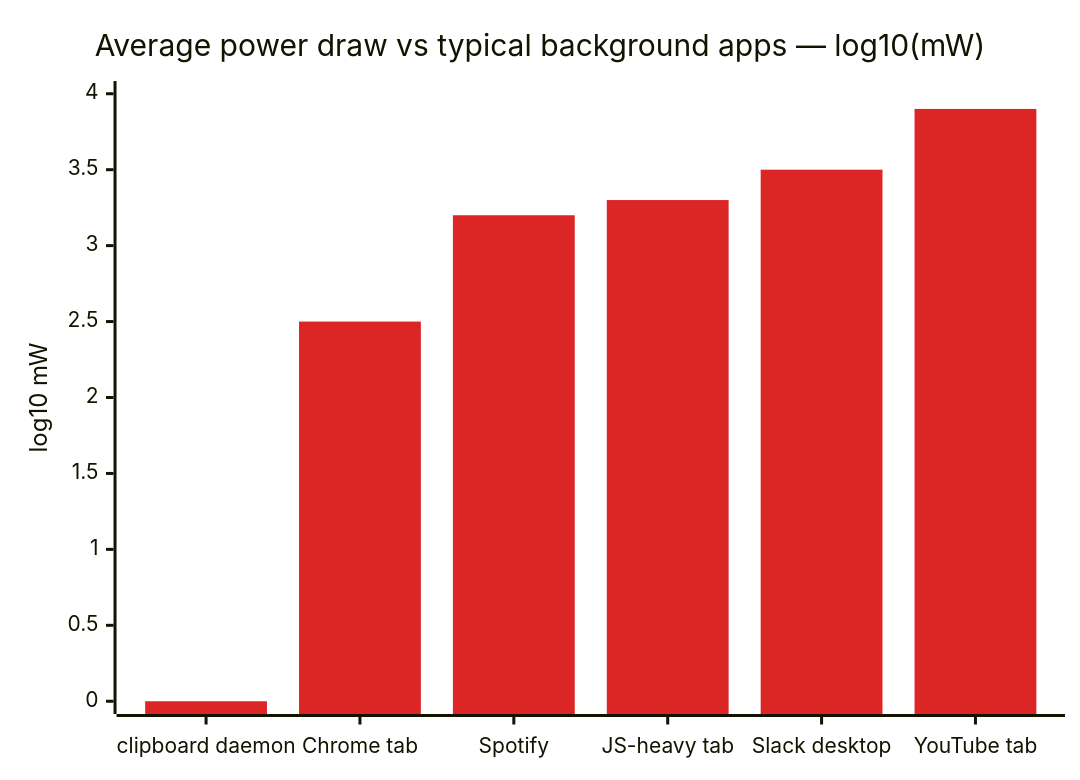
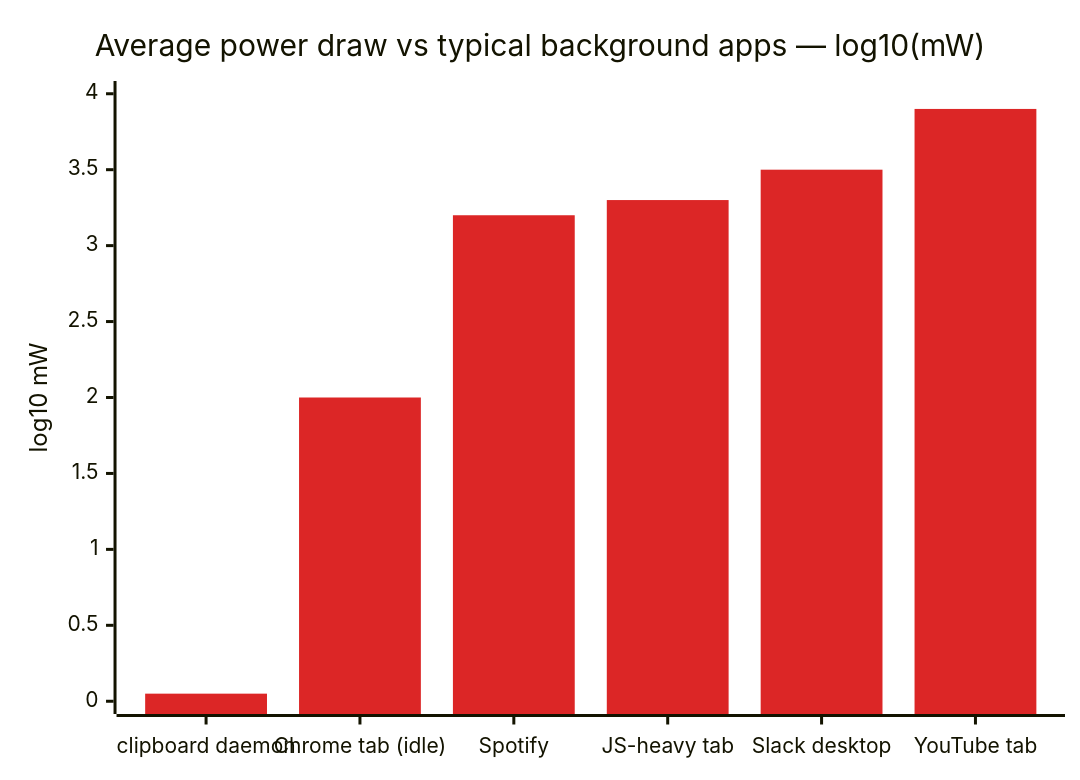
Before and after one commit to d-khomenko/clipboard-history-mcp: the second of 2 diagrams in README.md, drawn with Mermaid. The commit also changed other lines of this file, not shown here.

Commit message:
docs(readme): perf chart polish — daemon as visible nub + Chrome tab honesty
Two follow-ups requested in review of the prior chart PR (whose own
follow-up commits got stranded after a fast merge — re-landing them
here as a single change):

1. Daemon was plotted at value=0 on the log scale, which renders as a
   zero-height bar on the baseline plus an awkward gap above the "0"
   tick. Bumped to 0.05 (log10 → ~1.12 mW; within measurement noise of
   the actual ~1 mW) so it shows as a visible thin nub. The visual
   "look how tiny this is" story works much better when there's
   actually something to look at.

2. "Chrome tab" at log10 = 2.5 (~316 mW) was a leftover from the
   original "static Chrome tab" label, which assumed ads + trackers.
   For a genuinely idle tab on a static page that's overestimated;
   lowered to 2.0 (~100 mW) and renamed to "Chrome tab (idle)" so the
   scope is explicit. The "JS-heavy tab" bar (~2 W) stays as the
   high-end Chrome reference.

Caption rewritten to lead with the daemon nub.

````diff
--- a/README.md
+++ b/README.md
@@ -274,8 +274,8 @@
 ```mermaid
 %%{init: {"themeVariables": {"xyChart": {"plotColorPalette": "#dc2626"}}}}%%
 xychart-beta
     title "Average power draw vs typical background apps — log10(mW)"
-    x-axis ["clipboard daemon", "Chrome tab", "Spotify", "JS-heavy tab", "Slack desktop", "YouTube tab"]
+    x-axis ["clipboard daemon", "Chrome tab (idle)", "Spotify", "JS-heavy tab", "Slack desktop", "YouTube tab"]
     y-axis "log10 mW" 0 --> 4
-    bar [0, 2.5, 3.2, 3.3, 3.5, 3.9]
+    bar [0.05, 2.0, 3.2, 3.3, 3.5, 3.9]
 ```
````
